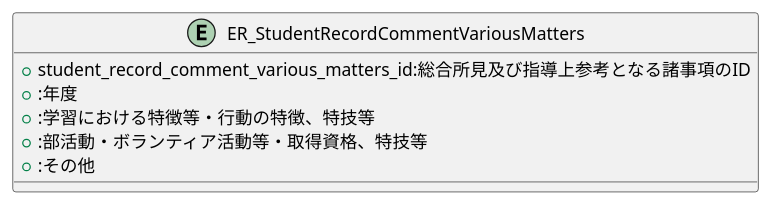
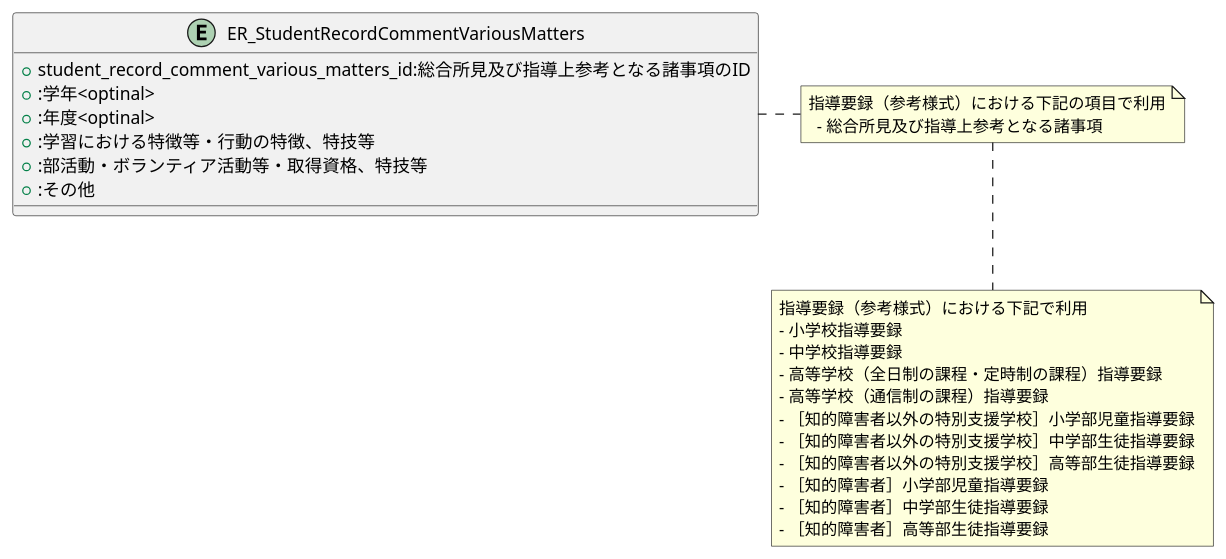
Before and after one commit to popoposorara/ERP_ER: the diagram in Entity/ER_StudentRecordCommentVariousMatters.pu, drawn with PlantUML. The commit also changed 9 other files, not shown here.

```diff
--- a/Entity/ER_StudentRecordCommentVariousMatters.pu
+++ b/Entity/ER_StudentRecordCommentVariousMatters.pu
@@ -1,11 +1,31 @@
 @startuml
 
 entity "ER_StudentRecordCommentVariousMatters"{
     + student_record_comment_various_matters_id:総合所見及び指導上参考となる諸事項のID
-    + :年度
+    + :学年<optinal>
+    + :年度<optinal>
     + :学習における特徴等・行動の特徴、特技等
     + :部活動・ボランティア活動等・取得資格、特技等
     + :その他
 }
 
+note right
+指導要録（参考様式）における下記の項目で利用
+  - 総合所見及び指導上参考となる諸事項
+end note
+
+note bottom
+指導要録（参考様式）における下記で利用
+- 小学校指導要録
+- 中学校指導要録
+- 高等学校（全日制の課程・定時制の課程）指導要録
+- 高等学校（通信制の課程）指導要録
+- ［知的障害者以外の特別支援学校］小学部児童指導要録
+- ［知的障害者以外の特別支援学校］中学部生徒指導要録
+- ［知的障害者以外の特別支援学校］高等部生徒指導要録
+- ［知的障害者］小学部児童指導要録
+- ［知的障害者］中学部生徒指導要録
+- ［知的障害者］高等部生徒指導要録
+end note
+
 @enduml
```
